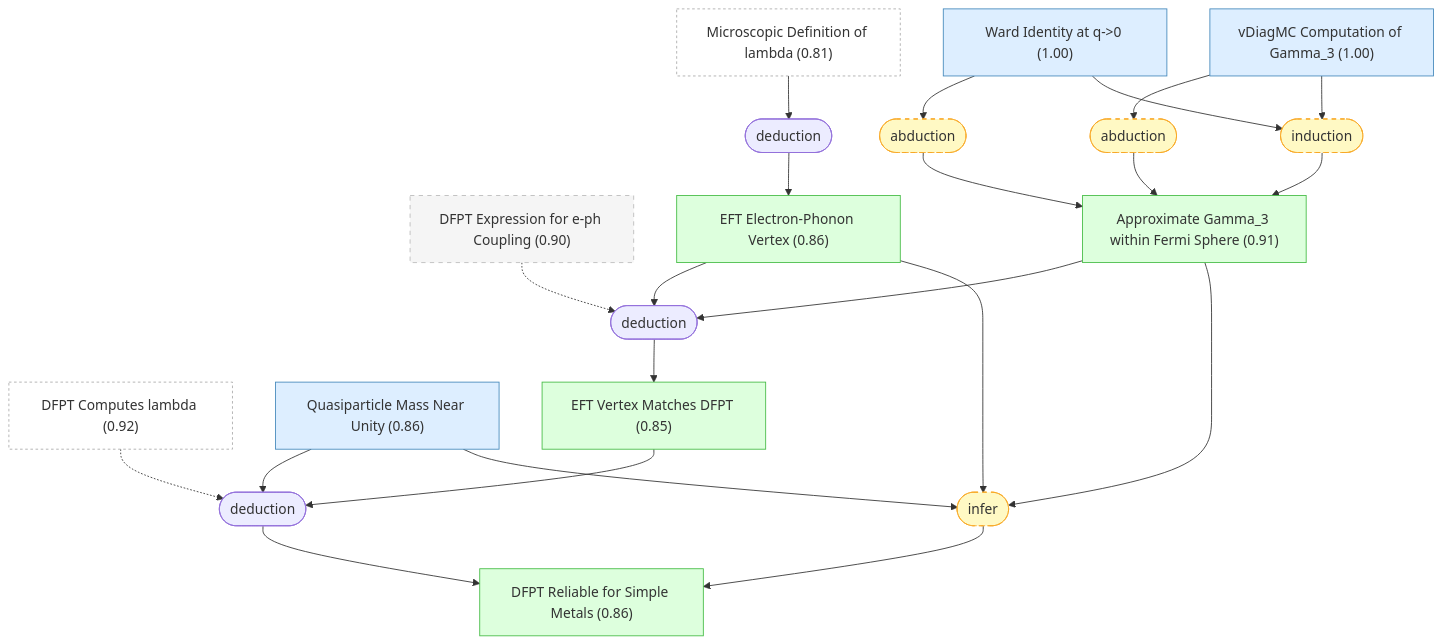
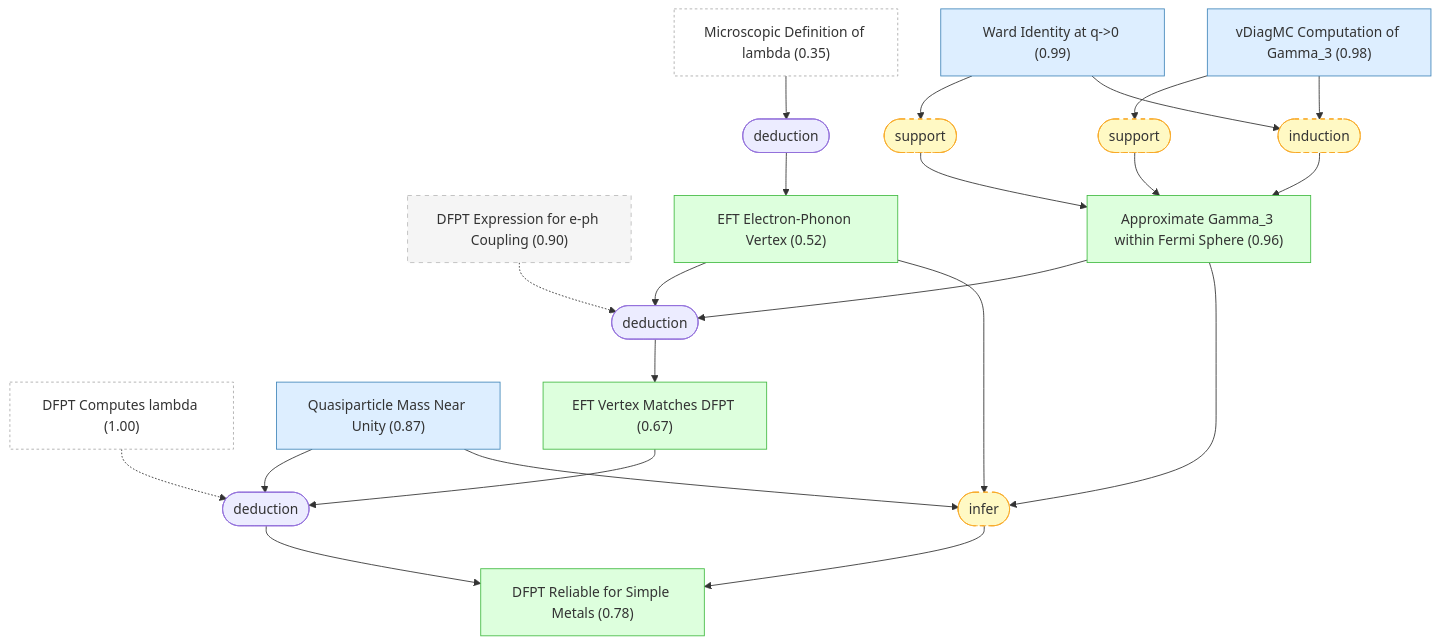
Before and after one commit to kunyuan/SuperconductivityElectronLiquids.gaia: the fifth of 6 diagrams in docs/detailed-reasoning.md, drawn with Mermaid. The commit also changed other lines of this file and 21 other files, not shown here.

````diff
--- a/docs/detailed-reasoning.md
+++ b/docs/detailed-reasoning.md
@@ -598,51 +649,51 @@
 ```mermaid
 graph TD
-    dfpt_computes_lambda["DFPT Computes lambda (0.92)"]:::external
-    lambda_microscopic_definition["Microscopic Definition of lambda (0.81)"]:::external
-    ward_identity["Ward Identity at q->0 (1.00)"]:::premise
-    gamma3_vdiagmc["vDiagMC Computation of Gamma_3 (1.00)"]:::premise
+    dfpt_computes_lambda["DFPT Computes lambda (1.00)"]:::external
+    lambda_microscopic_definition["Microscopic Definition of lambda (0.35)"]:::external
+    ward_identity["Ward Identity at q->0 (0.99)"]:::premise
+    gamma3_vdiagmc["vDiagMC Computation of Gamma_3 (0.98)"]:::premise
     dfpt_eph_ansatz["DFPT Expression for e-ph Coupling (0.90)"]:::background
-    quasiparticle_mass_near_unity["Quasiparticle Mass Near Unity (0.86)"]:::premise
-    eft_eph_vertex["EFT Electron-Phonon Vertex (0.86)"]:::derived
-    gamma3_approximation["Approximate Gamma_3 within Fermi Sphere (0.91)"]:::derived
-    eft_vertex_matches_dfpt["EFT Vertex Matches DFPT (0.85)"]:::derived
-    dfpt_reliable_for_simple_metals["DFPT Reliable for Simple Metals (0.86)"]:::derived
-    strat_12(["deduction"])
-    lambda_microscopic_definition --> strat_12
-    strat_12 --> eft_eph_vertex
-    strat_13(["abduction"]):::weak
-    ward_identity --> strat_13
+    quasiparticle_mass_near_unity["Quasiparticle Mass Near Unity (0.87)"]:::premise
+    eft_eph_vertex["EFT Electron-Phonon Vertex (0.52)"]:::derived
+    gamma3_approximation["Approximate Gamma_3 within Fermi Sphere (0.96)"]:::derived
+    eft_vertex_matches_dfpt["EFT Vertex Matches DFPT (0.67)"]:::derived
+    dfpt_reliable_for_simple_metals["DFPT Reliable for Simple Metals (0.78)"]:::derived
+    strat_11(["deduction"])
+    lambda_microscopic_definition --> strat_11
+    strat_11 --> eft_eph_vertex
+    strat_12(["support"]):::weak
+    ward_identity --> strat_12
+    strat_12 --> gamma3_approximation
+    strat_13(["support"]):::weak
+    gamma3_vdiagmc --> strat_13
     strat_13 --> gamma3_approximation
-    strat_14(["abduction"]):::weak
+    strat_14(["induction"]):::weak
+    ward_identity --> strat_14
     gamma3_vdiagmc --> strat_14
     strat_14 --> gamma3_approximation
-    strat_15(["induction"]):::weak
-    ward_identity --> strat_15
-    gamma3_vdiagmc --> strat_15
-    strat_15 --> gamma3_approximation
+    strat_15(["deduction"])
+    eft_eph_vertex --> strat_15
+    gamma3_approximation --> strat_15
+    dfpt_eph_ansatz -.-> strat_15
+    strat_15 --> eft_vertex_matches_dfpt
     strat_16(["deduction"])
-    eft_eph_vertex --> strat_16
-    gamma3_approximation --> strat_16
-    dfpt_eph_ansatz -.-> strat_16
-    strat_16 --> eft_vertex_matches_dfpt
-    strat_17(["deduction"])
-    eft_vertex_matches_dfpt --> strat_17
+    eft_vertex_matches_dfpt --> strat_16
+    quasiparticle_mass_near_unity --> strat_16
+    dfpt_computes_lambda -.-> strat_16
+    strat_16 --> dfpt_reliable_for_simple_metals
+    strat_17(["infer"]):::weak
+    eft_eph_vertex --> strat_17
+    gamma3_approximation --> strat_17
     quasiparticle_mass_near_unity --> strat_17
-    dfpt_computes_lambda -.-> strat_17
     strat_17 --> dfpt_reliable_for_simple_metals
-    strat_18(["infer"]):::weak
-    eft_eph_vertex --> strat_18
-    gamma3_approximation --> strat_18
-    quasiparticle_mass_near_unity --> strat_18
-    strat_18 --> dfpt_reliable_for_simple_metals
 
     classDef setting fill:#f0f0f0,stroke:#999,color:#333
     classDef premise fill:#ddeeff,stroke:#4488bb,color:#333
     classDef derived fill:#ddffdd,stroke:#44bb44,color:#333
     classDef question fill:#fff3dd,stroke:#cc9944,color:#333
     classDef background fill:#f5f5f5,stroke:#bbb,stroke-dasharray: 5 5,color:#333
     classDef orphan fill:#fff,stroke:#ccc,stroke-dasharray: 5 5,color:#333
     classDef external fill:#fff,stroke:#aaa,stroke-dasharray: 3 3,color:#333
     classDef weak fill:#fff9c4,stroke:#f9a825,stroke-dasharray: 5 5,color:#333
     classDef contra fill:#ffebee,stroke:#c62828,color:#333
 ```
````
